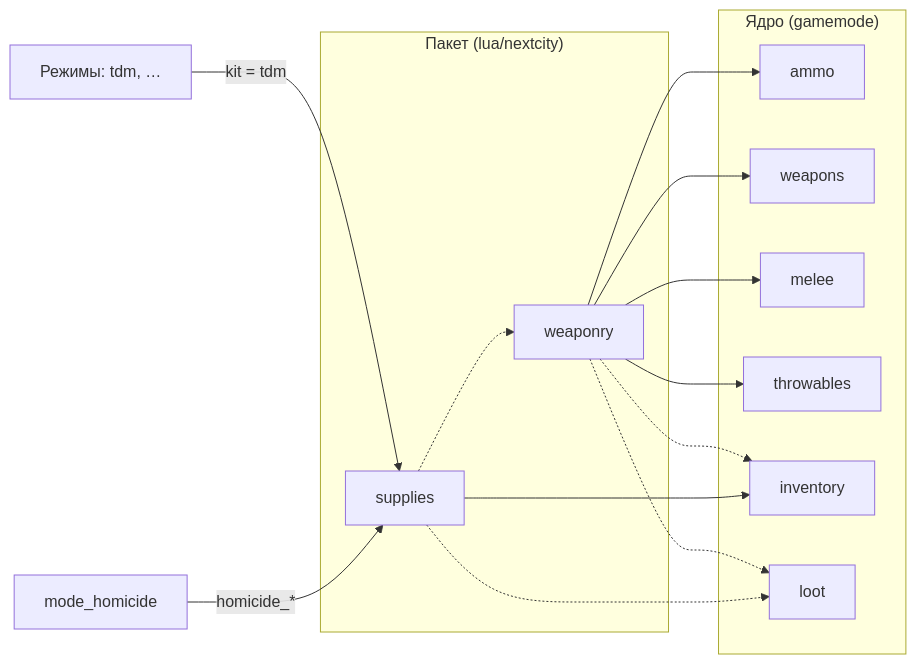
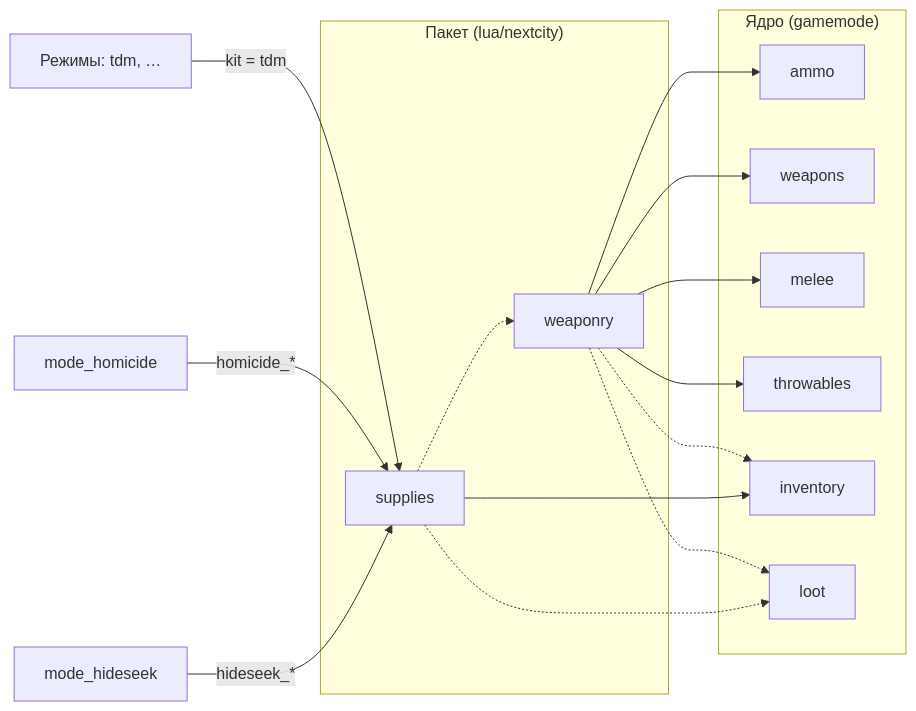
One commit to vovawees/Next-City changed the diagram in lua/nextcity/README.md. Above: the diagram before and after it, drawn with Mermaid. The commit also changed other lines of this file and 17 other files, not shown here.

First line of the commit message:
feat(mode_hideseek): Hide and Seek with a hide phase, blindfolded seekers, kills or tags

````diff
--- a/lua/nextcity/README.md
+++ b/lua/nextcity/README.md
@@ -20,14 +22,15 @@
 ```mermaid
 flowchart LR
 	subgraph core["Ядро (gamemode)"]
 		A[ammo] & W[weapons] & M[melee] & T[throwables] & I[inventory] & L[loot]
 	end
 	subgraph pack["Пакет (lua/nextcity)"]
 		WY[weaponry] --> A & W & M & T
 		WY -.-> I & L
 		S[supplies] --> I
 		S -.-> L & WY
 	end
 	R["Режимы: tdm, …"] -- "kit = tdm" --> S
 	H[mode_homicide] -- "homicide_*" --> S
+	HS[mode_hideseek] -- "hideseek_*" --> S
 ```
````
